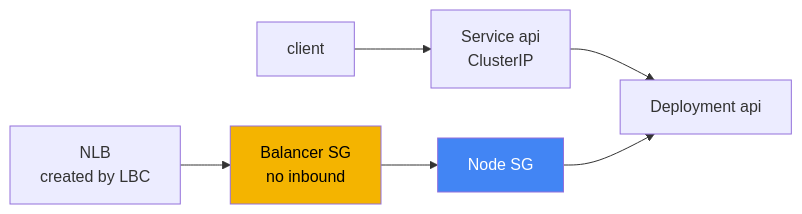
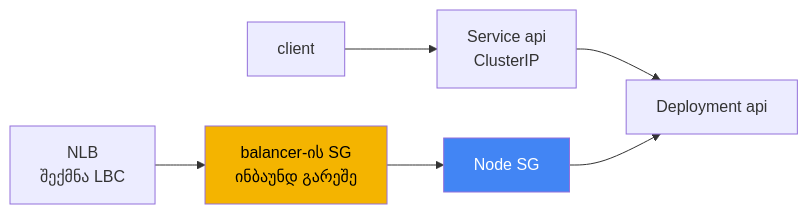
One commit to ViktorUJ/cks changed the first of 2 diagrams in tasks/eks/labs/120/README_GE.MD. Above: the diagram before and after it, drawn with Mermaid. The commit also changed 221 other files, not shown here.

````diff
--- a/tasks/eks/labs/120/README_GE.MD
+++ b/tasks/eks/labs/120/README_GE.MD
@@ -57,13 +57,13 @@
 ```mermaid
 flowchart LR
     client["client"]
     svc["Service api<br>ClusterIP"]
     api["Deployment api"]
-    nlb["NLB<br>created by LBC"]
-    brokensg["Balancer SG<br>no inbound"]
+    nlb["NLB<br>შექმნა LBC"]
+    brokensg["balancer-ის SG<br>ინბაუნდ გარეშე"]
     nodesg["Node SG"]
     client --> svc --> api
     nlb --> brokensg --> nodesg --> api
     style brokensg fill:#f4b400,color:#000
     style nodesg fill:#4285f4,color:#fff
 ```
````
